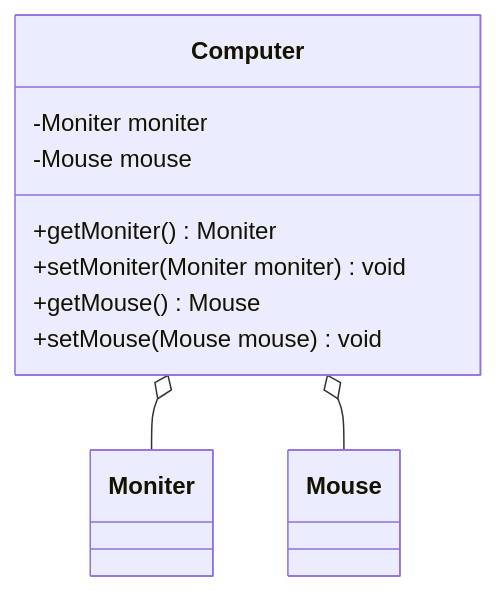
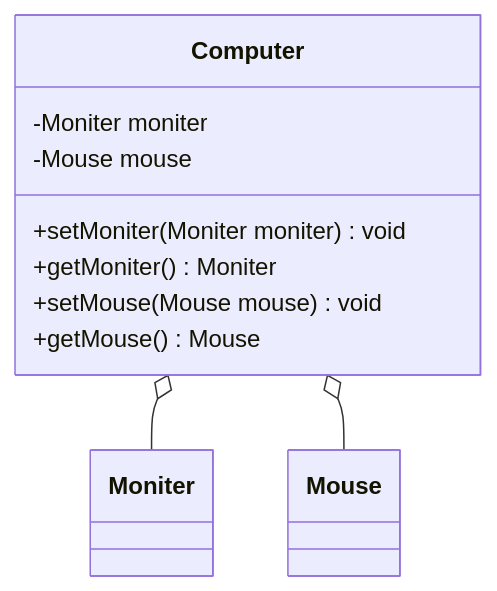
The fourth of 7 diagrams in docs/blogs/general/designpattern/designpattern-java/shardings/designpattern-java-chapter-2.类与类之间的六种关系.md (lingwh1995/blog), drawn with Mermaid before and after one commit. The commit also changed other lines of this file and 122 other files, not shown here.

````diff
--- a/docs/blogs/general/designpattern/designpattern-java/shardings/designpattern-java-chapter-2.类与类之间的六种关系.md
+++ b/docs/blogs/general/designpattern/designpattern-java/shardings/designpattern-java-chapter-2.类与类之间的六种关系.md
@@ -124,15 +126,17 @@
 ```mermaid
 classDiagram
     Computer o-- Moniter
     Computer o-- Mouse
-    Computer : -Moniter moniter
-    Computer : -Mouse mouse
-    Computer: +getMoniter() Moniter
-    Computer: +setMoniter(Moniter moniter) void
-    Computer: +getMouse() Mouse
-    Computer: +setMouse(Mouse mouse) void
+    class Computer {
+        -Moniter moniter
+        -Mouse mouse
+        +setMoniter(Moniter moniter) void
+        +getMoniter() Moniter
+        +setMouse(Mouse mouse) void
+        +getMouse() Mouse
+    }
     class Moniter{
     }
     class Mouse{
     }
 ```
````
